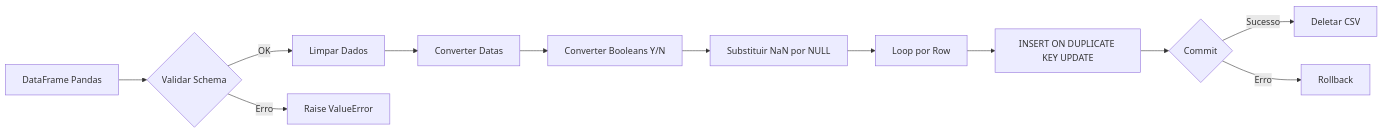
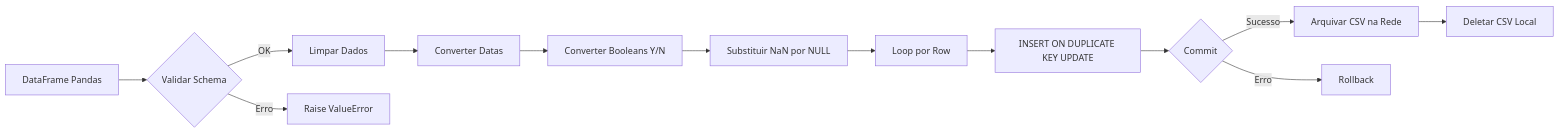
One commit to leofiorese/bot_pso changed the fifth of 5 diagrams in DOCUMENTACAO_PROJETO.md. Above: the diagram before and after it, drawn with Mermaid. The commit also changed other lines of this file and 1 other file, not shown here.

````diff
--- a/DOCUMENTACAO_PROJETO.md
+++ b/DOCUMENTACAO_PROJETO.md
@@ -383,14 +477,15 @@
 ```mermaid
 flowchart LR
     A[DataFrame Pandas] --> B{Validar Schema}
     B -->|OK| C[Limpar Dados]
     B -->|Erro| X[Raise ValueError]
     C --> D[Converter Datas]
     D --> E[Converter Booleans Y/N]
     E --> F[Substituir NaN por NULL]
     F --> G[Loop por Row]
     G --> H[INSERT ON DUPLICATE KEY UPDATE]
     H --> I{Commit}
-    I -->|Sucesso| J[Deletar CSV]
-    I -->|Erro| K[Rollback]
+    I -->|Sucesso| J[Arquivar CSV na Rede]
+    J --> K[Deletar CSV Local]
+    I -->|Erro| L[Rollback]
 ```
````
